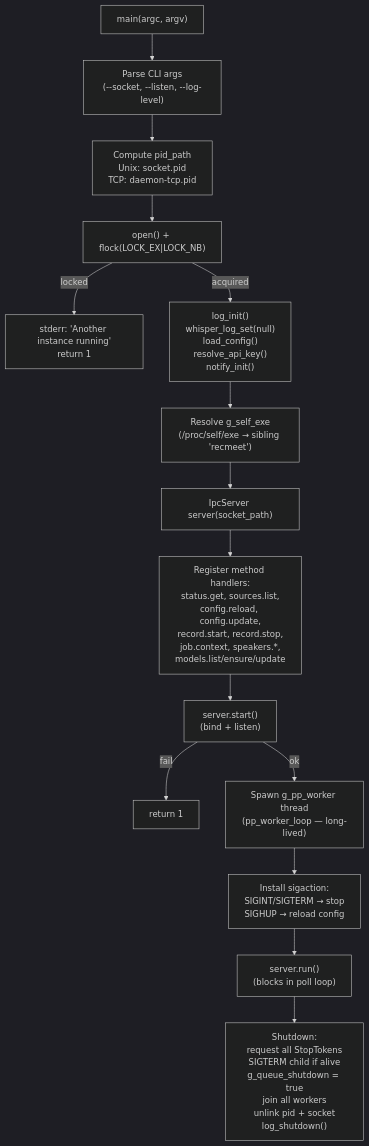
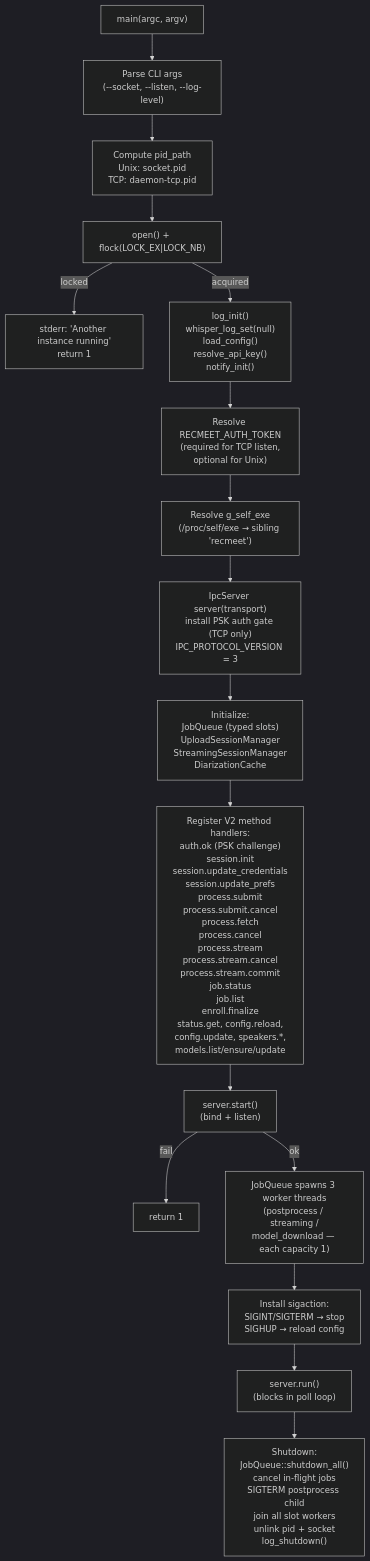
The third of 33 diagrams in docs/COMPONENT-DIAGRAMS.md (suykerbuyk/recmeet), drawn with Mermaid (dark theme) before and after one commit. The commit also changed other lines of this file and 19 other files, not shown here.

````diff
--- a/docs/COMPONENT-DIAGRAMS.md
+++ b/docs/COMPONENT-DIAGRAMS.md
@@ -230,17 +274,19 @@
 ```mermaid
 flowchart TD
     START["main(argc, argv)"] --> PARSE["Parse CLI args<br/>(--socket, --listen, --log-level)"]
     PARSE --> PID["Compute pid_path<br/>Unix: socket.pid<br/>TCP: daemon-tcp.pid"]
     PID --> FLOCK["open() + flock(LOCK_EX|LOCK_NB)"]
     FLOCK -->|"locked"| ABORT["stderr: 'Another instance running'<br/>return 1"]
     FLOCK -->|"acquired"| INIT["log_init()<br/>whisper_log_set(null)<br/>load_config()<br/>resolve_api_key()<br/>notify_init()"]
-    INIT --> SELF["Resolve g_self_exe<br/>(/proc/self/exe → sibling 'recmeet')"]
-    SELF --> SERVER["IpcServer server(socket_path)"]
-    SERVER --> HANDLERS["Register method handlers:<br/>status.get, sources.list,<br/>config.reload, config.update,<br/>record.start, record.stop,<br/>job.context, speakers.*,<br/>models.list/ensure/update"]
+    INIT --> AUTH_TOK["Resolve RECMEET_AUTH_TOKEN<br/>(required for TCP listen,<br/>optional for Unix)"]
+    AUTH_TOK --> SELF["Resolve g_self_exe<br/>(/proc/self/exe → sibling 'recmeet')"]
+    SELF --> SERVER["IpcServer server(transport)<br/>install PSK auth gate (TCP only)<br/>IPC_PROTOCOL_VERSION = 3"]
+    SERVER --> MANAGERS["Initialize:<br/>JobQueue (typed slots)<br/>UploadSessionManager<br/>StreamingSessionManager<br/>DiarizationCache"]
+    MANAGERS --> HANDLERS["Register V2 method handlers:<br/>auth.ok (PSK challenge)<br/>session.init<br/>session.update_credentials<br/>session.update_prefs<br/>process.submit<br/>process.submit.cancel<br/>process.fetch<br/>process.cancel<br/>process.stream<br/>process.stream.cancel<br/>process.stream.commit<br/>job.status<br/>job.list<br/>enroll.finalize<br/>status.get, config.reload,<br/>config.update, speakers.*,<br/>models.list/ensure/update"]
     HANDLERS --> BIND["server.start()<br/>(bind + listen)"]
     BIND -->|"fail"| EXIT1["return 1"]
-    BIND -->|"ok"| PPWORKER["Spawn g_pp_worker thread<br/>(pp_worker_loop — long-lived)"]
-    PPWORKER --> SIGNALS["Install sigaction:<br/>SIGINT/SIGTERM → stop<br/>SIGHUP → reload config"]
+    BIND -->|"ok"| SLOTS["JobQueue spawns 3 worker threads<br/>(postprocess / streaming /<br/>model_download — each capacity 1)"]
+    SLOTS --> SIGNALS["Install sigaction:<br/>SIGINT/SIGTERM → stop<br/>SIGHUP → reload config"]
     SIGNALS --> RUN["server.run()<br/>(blocks in poll loop)"]
-    RUN --> SHUTDOWN["Shutdown:<br/>request all StopTokens<br/>SIGTERM child if alive<br/>g_queue_shutdown = true<br/>join all workers<br/>unlink pid + socket<br/>log_shutdown()"]
+    RUN --> SHUTDOWN["Shutdown:<br/>JobQueue::shutdown_all()<br/>cancel in-flight jobs<br/>SIGTERM postprocess child<br/>join all slot workers<br/>unlink pid + socket<br/>log_shutdown()"]
 ```
````
